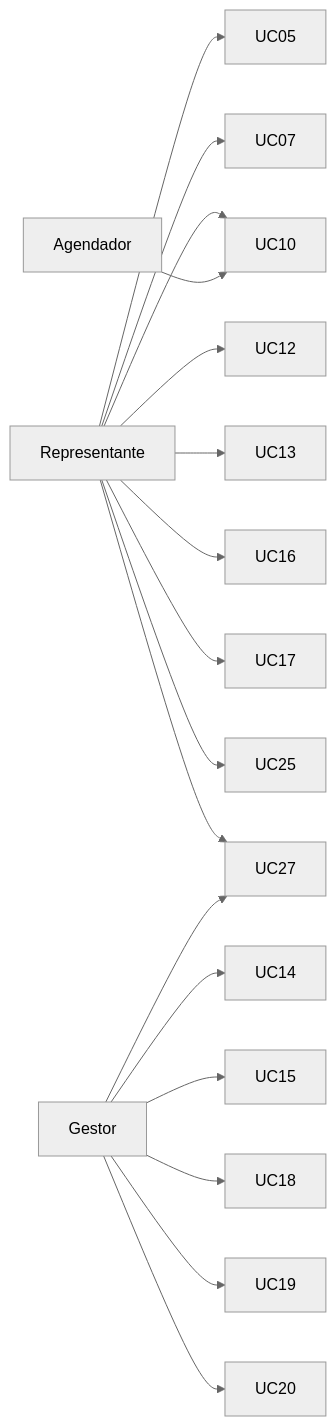
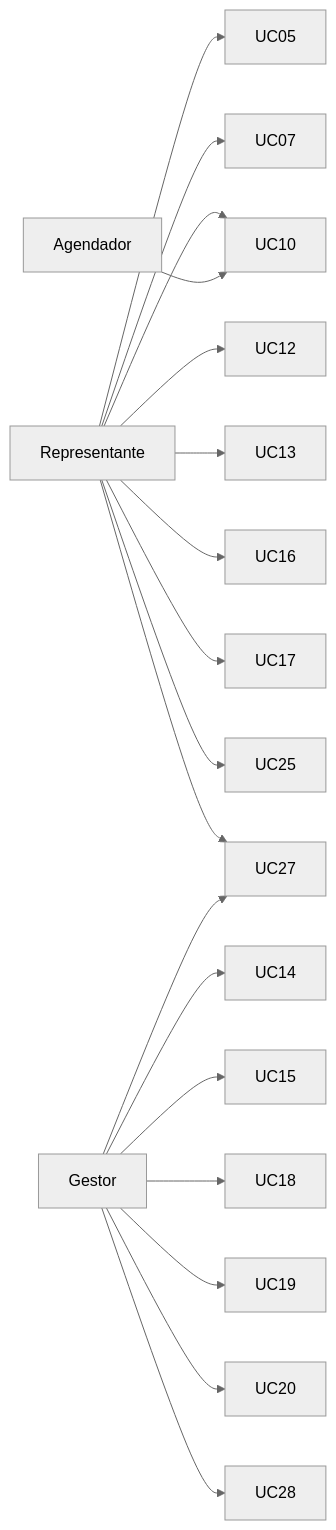
One commit to dudapetzinger/CHOKOCRM changed the diagram in docs/casos-de-uso.md. Above: the diagram before and after it, drawn with Mermaid (neutral theme). The commit also changed other lines of this file and 7 other files, not shown here.

````diff
--- a/docs/casos-de-uso.md
+++ b/docs/casos-de-uso.md
@@ -27,6 +27,6 @@
 ```mermaid
 graph LR
   R[Representante] --> UC05 & UC07 & UC10 & UC12 & UC13 & UC16 & UC17 & UC25 & UC27
-  G[Gestor] --> UC14 & UC15 & UC18 & UC19 & UC20 & UC27
+  G[Gestor] --> UC14 & UC15 & UC18 & UC19 & UC20 & UC27 & UC28
   S[Agendador] --> UC10
 ```
````
